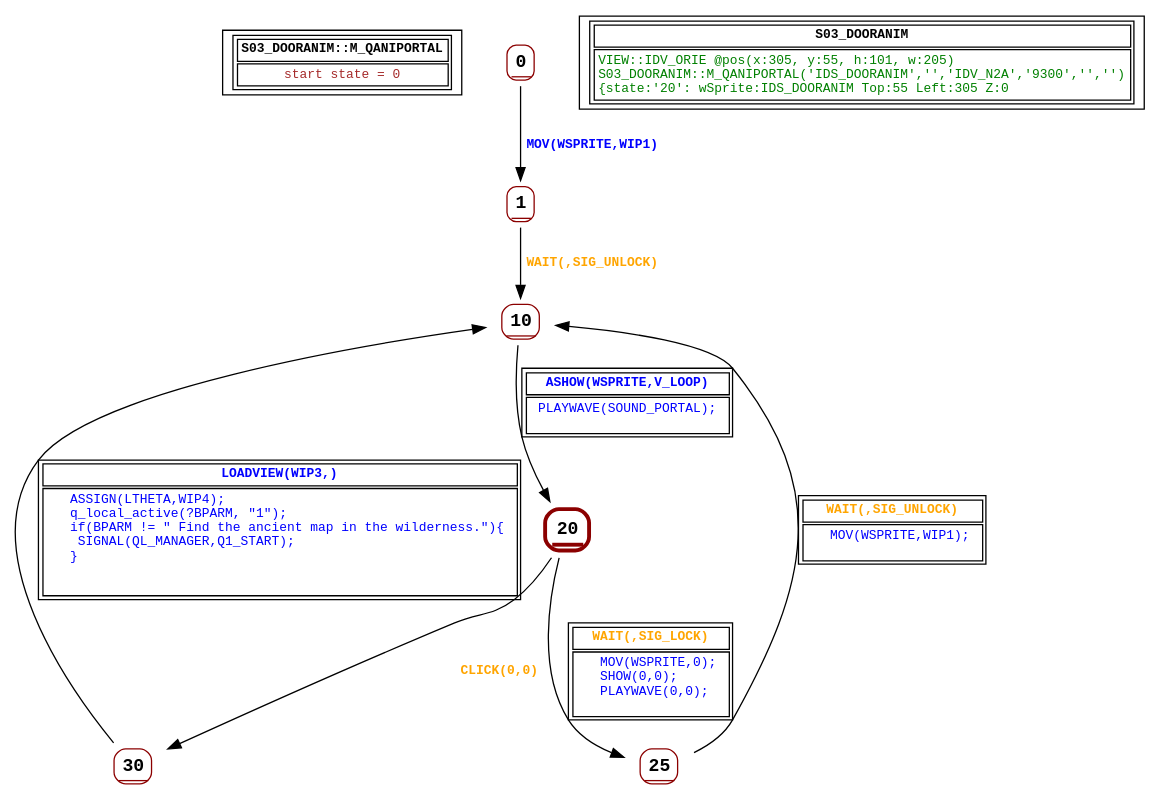
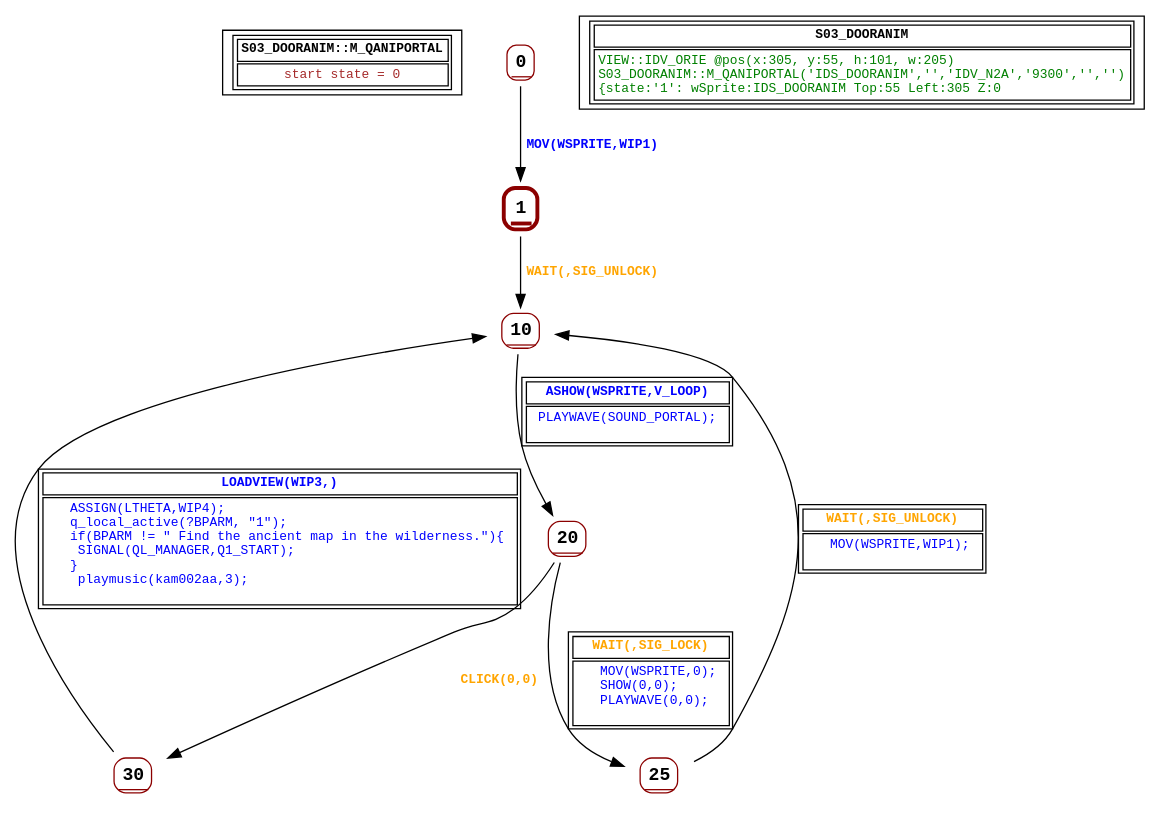
Before and after one commit to guy-stewart/AzariaCD: the diagram in graphs/S03_DOORANIM.dot, drawn with Graphviz. The commit also changed 35 other files, not shown here.

```diff
--- a/graphs/S03_DOORANIM.dot
+++ b/graphs/S03_DOORANIM.dot
@@ -1,43 +1,43 @@
 digraph Automaton {
  fontname="Courier New"
 	node [shape=oval, fontname="Courier New"];
 	filename[shape = record, fontsize=10, label=< <table border="1"><tr><td><b>S03_DOORANIM::M_QANIPORTAL<br align="left"/></b></td></tr>
 <tr><td><font point-size="10" color ="brown">start state = 0<br align="left"/></font></td></tr></table>>
 ];
 	0[shape = none, fontsize=14, label=< <table border="1" color="darkred" style="rounded"><tr><td sides="b"><b>0<br align="left"/></b></td></tr>
 </table>>];
 "0" -> "1" [fontcolor=blue,fontsize=10,fontname="Courier New", label=< <table border="0"><tr><td><b>MOV(WSPRITE,WIP1)<br align="left"/></b></td></tr>
 </table>>
 ];
-	1[shape = none, fontsize=14, label=< <table border="1" color="darkred" style="rounded"><tr><td sides="b"><b>1<br align="left"/></b></td></tr>
+	1[shape = none, fontsize=14, label=< <table border="3" color="darkred" style="rounded"><tr><td sides="b"><b>1<br align="left"/></b></td></tr>
 </table>>];
 "1" -> "10" [fontcolor=orange,fontsize=10,fontname="Courier New", label=< <table border="0"><tr><td><b>WAIT(,SIG_UNLOCK)<br align="left"/></b></td></tr>
 </table>>
 ];
 	10[shape = none, fontsize=14, label=< <table border="1" color="darkred" style="rounded"><tr><td sides="b"><b>10<br align="left"/></b></td></tr>
 </table>>];
 "10" -> "20" [fontcolor=blue,fontsize=10,fontname="Courier New", label=< <table border="1"><tr><td><b>ASHOW(WSPRITE,V_LOOP)<br align="left"/></b></td></tr>
 <tr><td><font point-size="10" color ="blue">  PLAYWAVE(SOUND_PORTAL);<br align="left"/> <br align="left"/></font></td></tr></table>>
 ];
-	20[shape = none, fontsize=14, label=< <table border="3" color="darkred" style="rounded"><tr><td sides="b"><b>20<br align="left"/></b></td></tr>
+	20[shape = none, fontsize=14, label=< <table border="1" color="darkred" style="rounded"><tr><td sides="b"><b>20<br align="left"/></b></td></tr>
 </table>>];
 "20" -> "30" [fontcolor=orange,fontsize=10,fontname="Courier New", label=< <table border="0"><tr><td><b>CLICK(0,0)<br align="left"/></b></td></tr>
 </table>>
 ];
 "20" -> "25" [fontcolor=orange,fontsize=10,fontname="Courier New", label=< <table border="1"><tr><td><b>WAIT(,SIG_LOCK)<br align="left"/></b></td></tr>
 <tr><td><font point-size="10" color ="blue">    MOV(WSPRITE,0);<br align="left"/>    SHOW(0,0);<br align="left"/>    PLAYWAVE(0,0);<br align="left"/> <br align="left"/></font></td></tr></table>>
 ];
 	25[shape = none, fontsize=14, label=< <table border="1" color="darkred" style="rounded"><tr><td sides="b"><b>25<br align="left"/></b></td></tr>
 </table>>];
 "25" -> "10" [fontcolor=orange,fontsize=10,fontname="Courier New", label=< <table border="1"><tr><td><b>WAIT(,SIG_UNLOCK)<br align="left"/></b></td></tr>
 <tr><td><font point-size="10" color ="blue">    MOV(WSPRITE,WIP1);<br align="left"/> <br align="left"/></font></td></tr></table>>
 ];
 	30[shape = none, fontsize=14, label=< <table border="1" color="darkred" style="rounded"><tr><td sides="b"><b>30<br align="left"/></b></td></tr>
 </table>>];
 "30" -> "10" [fontcolor=blue,fontsize=10,fontname="Courier New", label=< <table border="1"><tr><td><b>LOADVIEW(WIP3,)<br align="left"/></b></td></tr>
-<tr><td><font point-size="10" color ="blue">    ASSIGN(LTHETA,WIP4);<br align="left"/>    q_local_active(?BPARM, &quot;1&quot;);<br align="left"/>    if(BPARM != &quot; Find the ancient map in the wilderness.&quot;)&#123;<br align="left"/>     SIGNAL(QL_MANAGER,Q1_START);<br align="left"/>    &#125;<br align="left"/>   <br align="left"/> <br align="left"/></font></td></tr></table>>
+<tr><td><font point-size="10" color ="blue">    ASSIGN(LTHETA,WIP4);<br align="left"/>    q_local_active(?BPARM, &quot;1&quot;);<br align="left"/>    if(BPARM != &quot; Find the ancient map in the wilderness.&quot;)&#123;<br align="left"/>     SIGNAL(QL_MANAGER,Q1_START);<br align="left"/>    &#125;<br align="left"/>     playmusic(kam002aa,3);<br align="left"/> <br align="left"/></font></td></tr></table>>
 ];
 	status[shape = record, fontsize=10, label=< <table border="1"><tr><td><b>S03_DOORANIM<br align="left"/></b></td></tr>
-<tr><td><font point-size="10" color ="green">VIEW::IDV_ORIE @pos(x:305, y:55, h:101, w:205)<br align="left"/>S03_DOORANIM::M_QANIPORTAL(&apos;IDS_DOORANIM&apos;,&apos;&apos;,&apos;IDV_N2A&apos;,&apos;9300&apos;,&apos;&apos;,&apos;&apos;)<br align="left"/>			&#123;state:&apos;20&apos;: wSprite:IDS_DOORANIM Top:55 Left:305 Z:0<br align="left"/></font></td></tr></table>>
+<tr><td><font point-size="10" color ="green">VIEW::IDV_ORIE @pos(x:305, y:55, h:101, w:205)<br align="left"/>S03_DOORANIM::M_QANIPORTAL(&apos;IDS_DOORANIM&apos;,&apos;&apos;,&apos;IDV_N2A&apos;,&apos;9300&apos;,&apos;&apos;,&apos;&apos;)<br align="left"/>			&#123;state:&apos;1&apos;: wSprite:IDS_DOORANIM Top:55 Left:305 Z:0<br align="left"/></font></td></tr></table>>
 ];
 }
```
